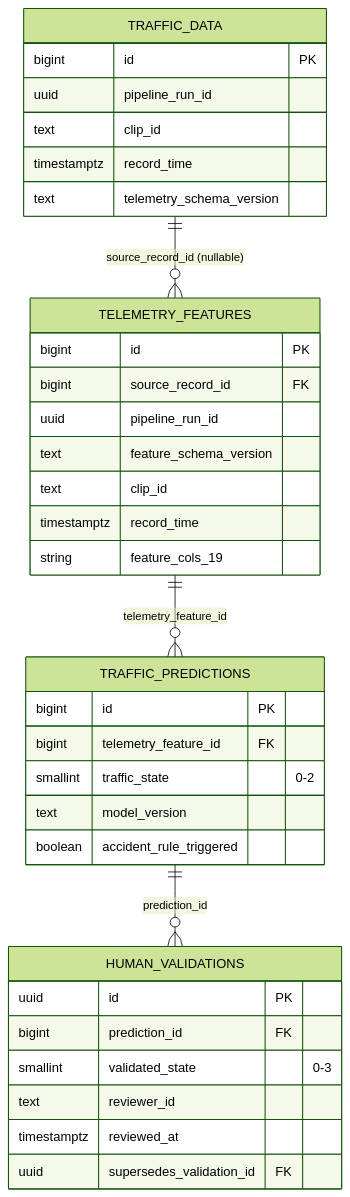
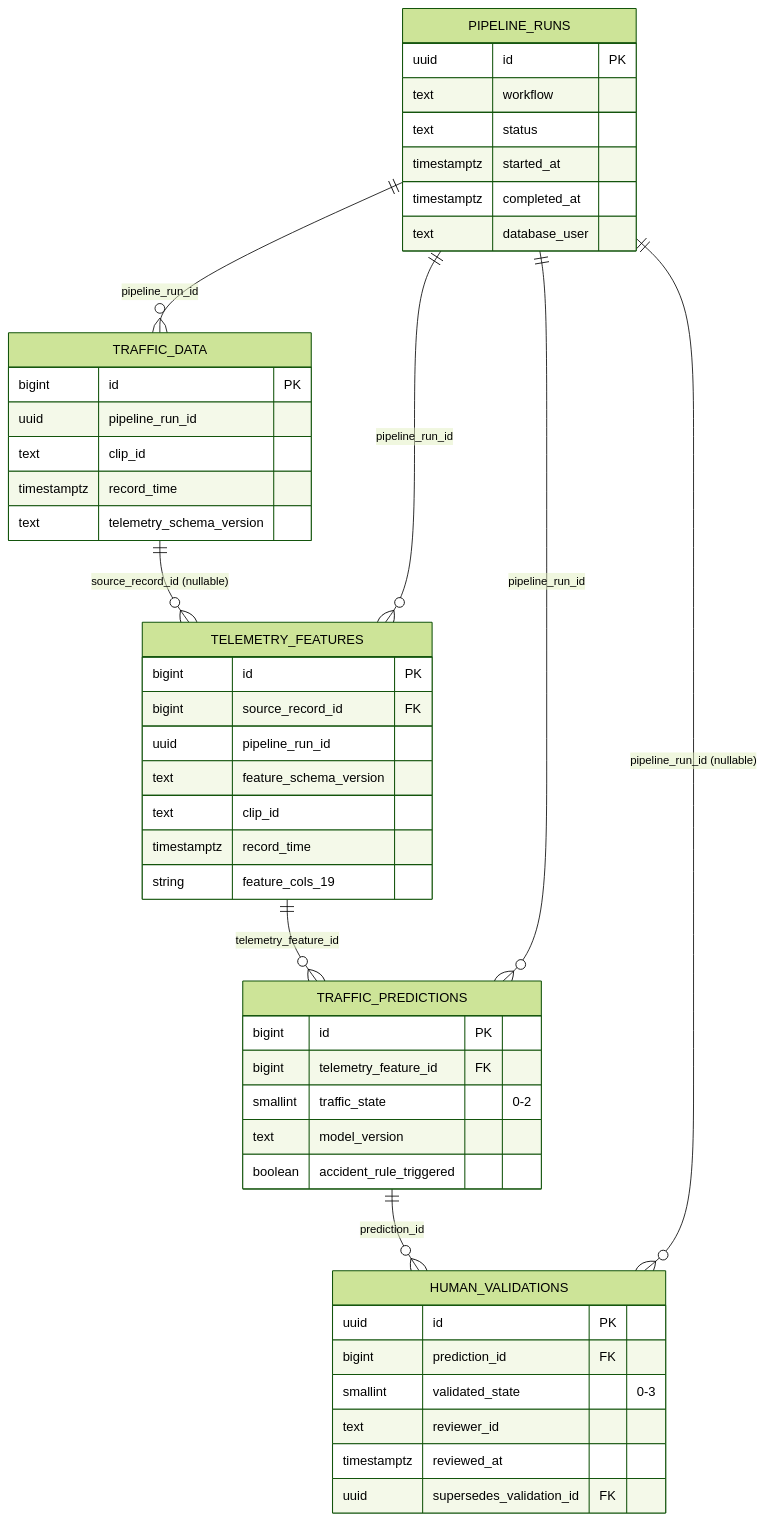
The diagram in docs/architecture/data-model.md (aka-titesen/vaaet), drawn with Mermaid (forest theme) before and after one commit. The commit also changed other lines of this file and 51 other files, not shown here.

First line of the commit message:
feat: Implement PostgreSQL hardening and pipeline run tracking

````diff
--- a/docs/architecture/data-model.md
+++ b/docs/architecture/data-model.md
@@ -9,38 +10,51 @@
 ```mermaid
 erDiagram
     TRAFFIC_DATA ||--o{ TELEMETRY_FEATURES : "source_record_id (nullable)"
     TELEMETRY_FEATURES ||--o{ TRAFFIC_PREDICTIONS : "telemetry_feature_id"
     TRAFFIC_PREDICTIONS ||--o{ HUMAN_VALIDATIONS : "prediction_id"
+    PIPELINE_RUNS ||--o{ TRAFFIC_DATA : "pipeline_run_id"
+    PIPELINE_RUNS ||--o{ TELEMETRY_FEATURES : "pipeline_run_id"
+    PIPELINE_RUNS ||--o{ TRAFFIC_PREDICTIONS : "pipeline_run_id"
+    PIPELINE_RUNS ||--o{ HUMAN_VALIDATIONS : "pipeline_run_id (nullable)"
+
+    PIPELINE_RUNS {
+      uuid id PK
+      text workflow
+      text status
+      timestamptz started_at
+      timestamptz completed_at
+      text database_user
+    }
 
     TRAFFIC_DATA {
       bigint id PK
       uuid pipeline_run_id
       text clip_id
       timestamptz record_time
       text telemetry_schema_version
     }
     TELEMETRY_FEATURES {
       bigint id PK
       bigint source_record_id FK
       uuid pipeline_run_id
       text feature_schema_version
       text clip_id
       timestamptz record_time
       string feature_cols_19
     }
     TRAFFIC_PREDICTIONS {
       bigint id PK
       bigint telemetry_feature_id FK
       smallint traffic_state "0-2"
       text model_version
       boolean accident_rule_triggered
     }
     HUMAN_VALIDATIONS {
       uuid id PK
       bigint prediction_id FK
       smallint validated_state "0-3"
       text reviewer_id
       timestamptz reviewed_at
       uuid supersedes_validation_id FK
     }
 ```
````
